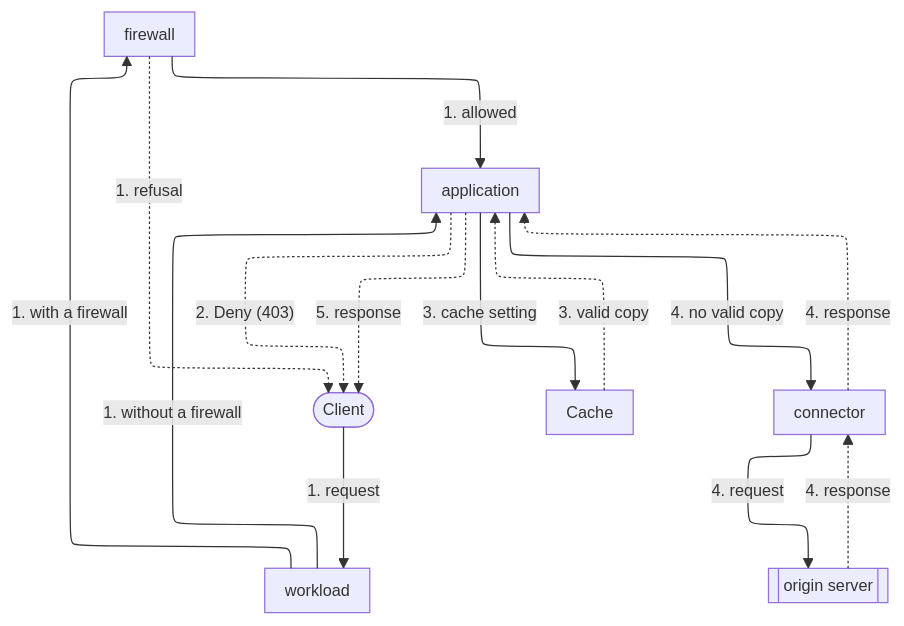
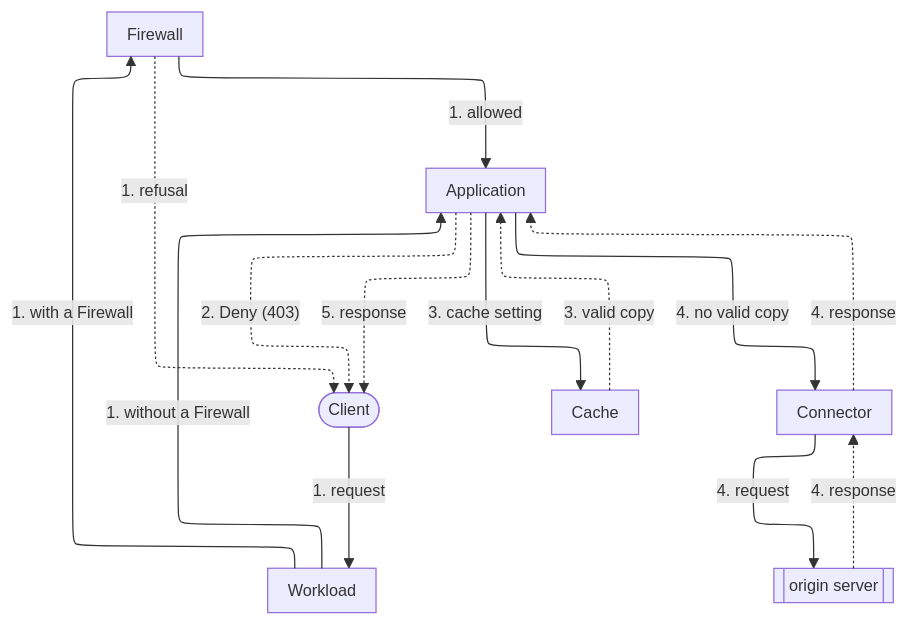
The diagram in apps/docs/src/content/docs/en/pages/main-menu/reference/build/edge-application/edge-application.mdx (aziontech/docs), drawn with Mermaid before and after one commit. The commit also changed other lines of this file and 3 other files, not shown here.

````diff
--- a/apps/docs/src/content/docs/en/pages/main-menu/reference/build/edge-application/edge-application.mdx
+++ b/apps/docs/src/content/docs/en/pages/main-menu/reference/build/edge-application/edge-application.mdx
@@ -69,24 +69,24 @@
 ```mermaid
 %%{init: {"layout": "elk", "elk": {"cycleBreakingStrategy": "MODEL_ORDER"}, "themeVariables": {"fontSize": "13px"}, "flowchart": {"nodeSpacing": 24, "rankSpacing": 36, "padding": 8, "wrappingWidth": 150, "useMaxWidth": true}, "sequence": {"width": 120, "actorMargin": 30, "useMaxWidth": true}}}%%
 flowchart TD
   Client(["Client"])
-  WL["workload"]
-  FW["firewall"]
-  App["application"]
+  WL["Workload"]
+  FW["Firewall"]
+  App["Application"]
   Cache["Cache"]
-  Conn["connector"]
+  Conn["Connector"]
   Origin[["origin server"]]
   Client -->|"1. request"| WL
-  WL -->|"1. with a firewall"| FW
-  WL -->|"1. without a firewall"| App
+  WL -->|"1. with a Firewall"| FW
+  WL -->|"1. without a Firewall"| App
   FW -->|"1. allowed"| App
   FW -.->|"1. refusal"| Client
   App -.->|"2. Deny (403)"| Client
   App -->|"3. cache setting"| Cache
   Cache -.->|"3. valid copy"| App
   App -->|"4. no valid copy"| Conn
   Conn -->|"4. request"| Origin
   Origin -.->|"4. response"| Conn
   Conn -.->|"4. response"| App
   App -.->|"5. response"| Client
 ```
````
